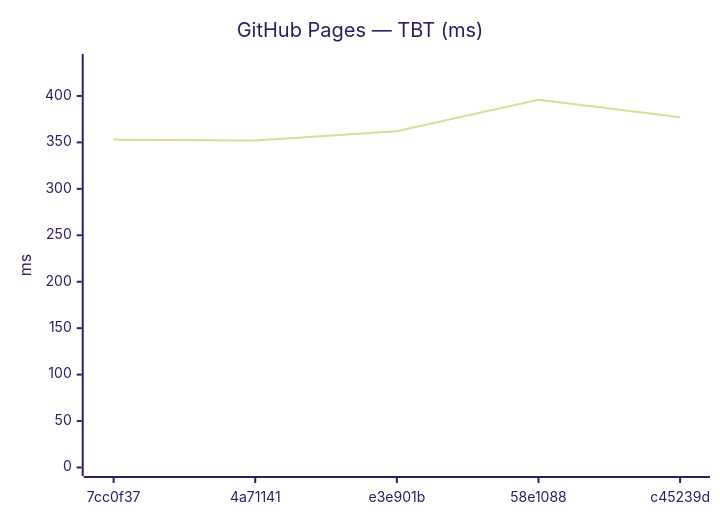
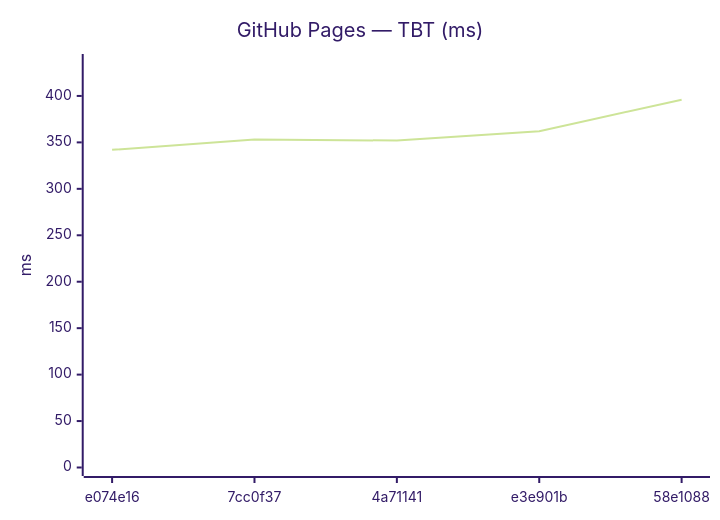
The tenth of 18 diagrams in benchmarks/compare.md (Metaheurist/Rianell), drawn with Mermaid (forest theme) before and after one commit. The commit also changed other lines of this file and 11 other files, not shown here.

````diff
--- a/benchmarks/compare.md
+++ b/benchmarks/compare.md
@@ -149,7 +149,7 @@
 ```mermaid
 xychart-beta
     title "GitHub Pages — TBT (ms)"
-    x-axis ["7cc0f37", "4a71141", "e3e901b", "58e1088", "c45239d"]
+    x-axis ["e074e16", "7cc0f37", "4a71141", "e3e901b", "58e1088"]
     y-axis "ms" 0 --> 436
-    line [353, 352, 362, 396, 377]
+    line [342, 353, 352, 362, 396]
 ```
````
